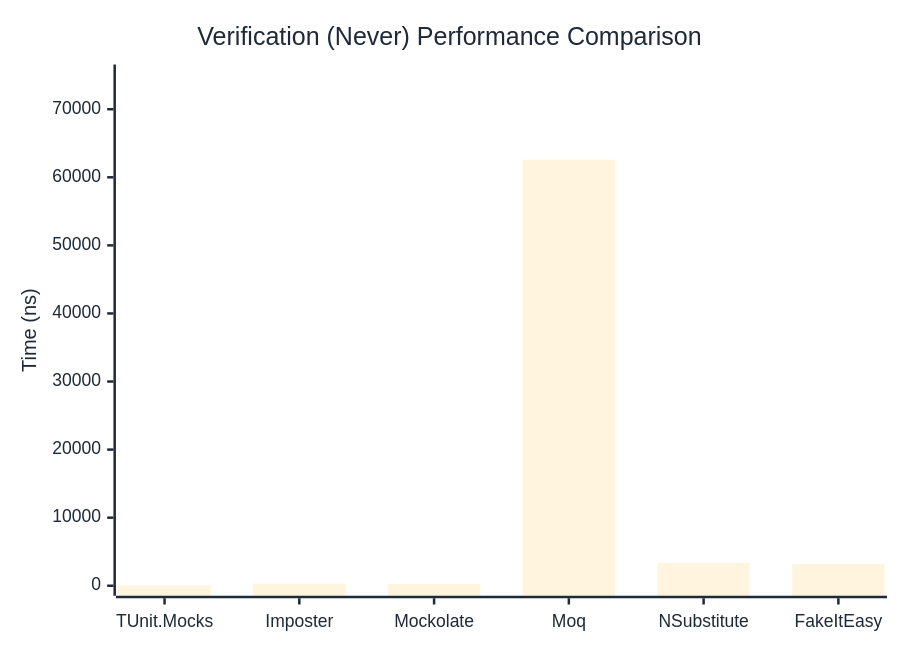
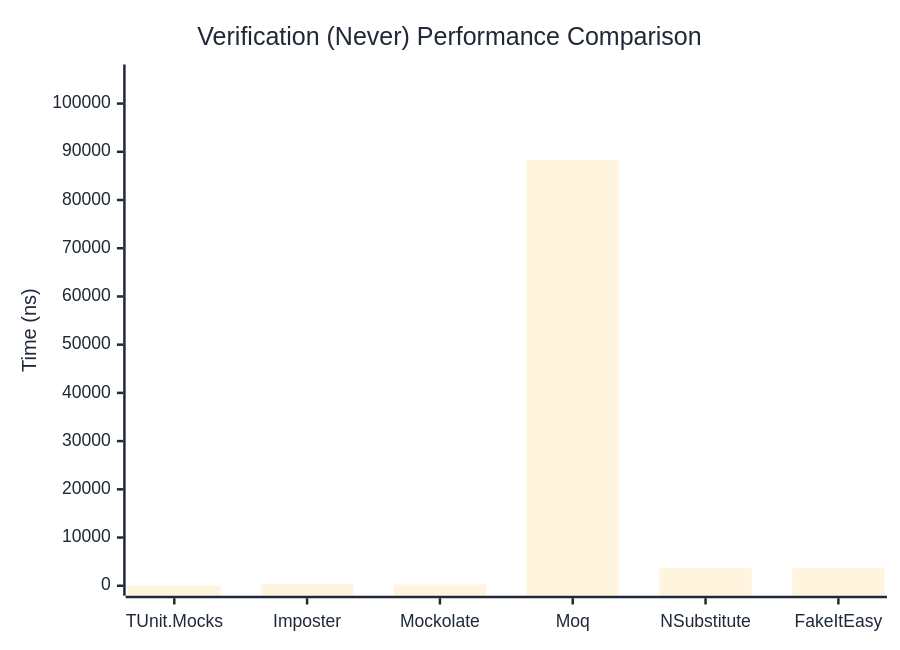
One commit to thomhurst/TUnit changed the second of 3 diagrams in docs/docs/benchmarks/mocks/Verification.md. Above: the diagram before and after it, drawn with Mermaid. The commit also changed other lines of this file and 14 other files, not shown here.

````diff
--- a/docs/docs/benchmarks/mocks/Verification.md
+++ b/docs/docs/benchmarks/mocks/Verification.md
@@ -71,27 +71,27 @@
 ```mermaid
 %%{init: {
   'theme':'base',
   'themeVariables': {
     'primaryColor': '#2563eb',
     'primaryTextColor': '#1f2937',
     'primaryBorderColor': '#1e40af',
     'lineColor': '#6b7280',
     'secondaryColor': '#7c3aed',
     'tertiaryColor': '#dc2626',
     'background': '#ffffff',
     'pie1': '#2563eb',
     'pie2': '#7c3aed',
     'pie3': '#dc2626',
     'pie4': '#f59e0b',
     'pie5': '#10b981',
     'pie6': '#06b6d4',
     'pie7': '#ec4899',
     'pie8': '#6366f1'
   }
 }}%%
 xychart-beta
   title "Verification (Never) Performance Comparison"
   x-axis ["TUnit.Mocks", "Imposter", "Mockolate", "Moq", "NSubstitute", "FakeItEasy"]
-  y-axis "Time (ns)" 0 --> 75102
-  bar [56.76, 326.54, 249.62, 62584.21, 3376.92, 3209.95]
+  y-axis "Time (ns)" 0 --> 106031
+  bar [53.41, 331.63, 245.3, 88358.65, 3693.97, 3737.11]
 ```
````
